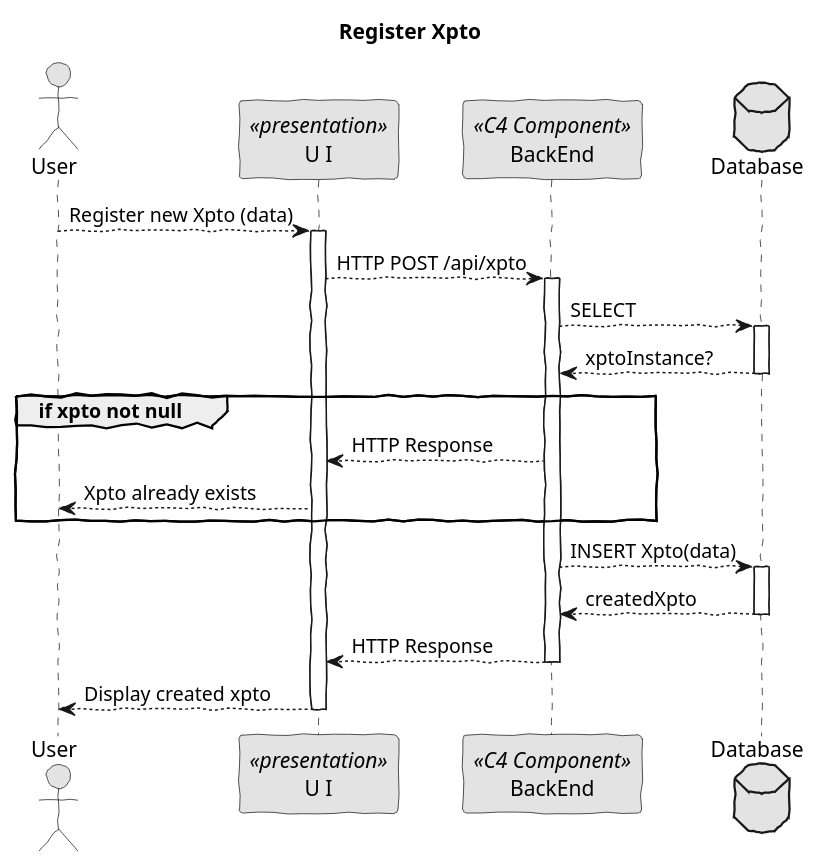
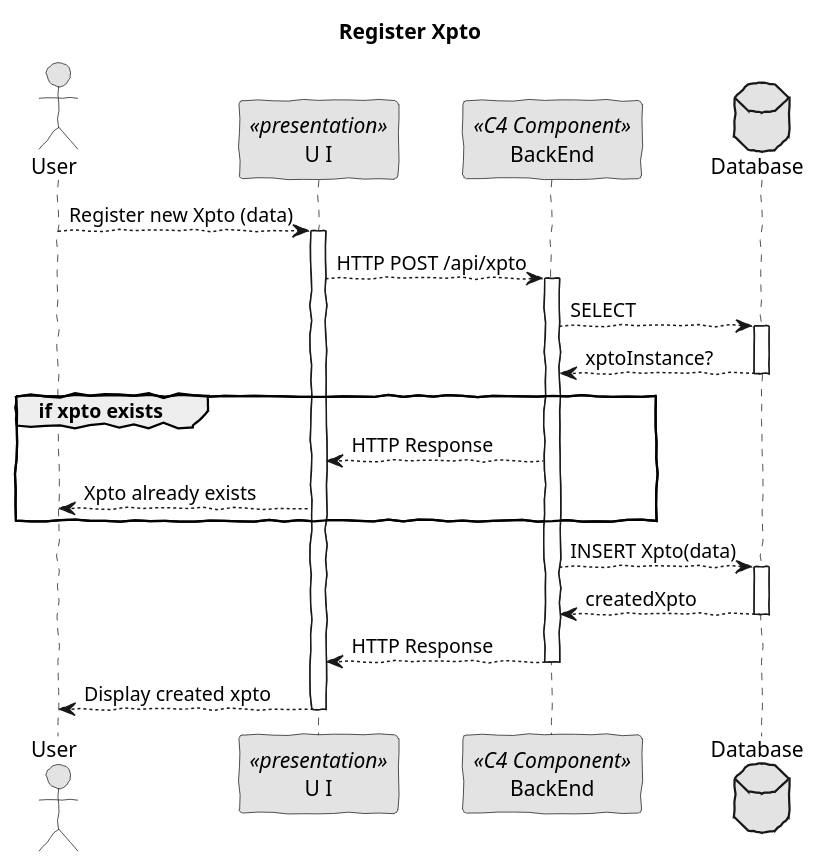
One commit to BernasDzn/portit changed the diagram in docs/sprint_1/global_artifacts/arquitecture/LeveL_3/process_views/l3_process_view_post.puml. Above: the diagram before and after it, drawn with PlantUML. The commit also changed 17 other files, not shown here.

```diff
--- a/docs/sprint_1/global_artifacts/arquitecture/LeveL_3/process_views/l3_process_view_post.puml
+++ b/docs/sprint_1/global_artifacts/arquitecture/LeveL_3/process_views/l3_process_view_post.puml
@@ -1,42 +1,42 @@
 @startuml sequence_diagram_post
 skinparam handwritten true
 skinparam monochrome true
 skinparam packageStyle rect
 skinparam defaultFontName FG Virgil
 skinparam shadowing false
 
 actor User as Actor
 participant "U I" as UI <<presentation>>
 participant BackEnd as BackEnd <<C4 Component>>
 database Database
 
 title Register Xpto
 
 Actor --> UI: Register new Xpto (data)
 activate UI
 
     UI --> BackEnd: HTTP POST /api/xpto
 
     activate BackEnd
 
         BackEnd --> Database: SELECT
         activate Database
             Database --> BackEnd : xptoInstance?
         deactivate Database
 
-        group if xpto not null
+        group if xpto exists
         BackEnd --> UI : HTTP Response
         UI --> Actor : Xpto already exists
         end
 
         BackEnd --> Database : INSERT Xpto(data)
         activate Database
             Database --> BackEnd : createdXpto
         deactivate Database
 
         BackEnd --> UI: HTTP Response
     deactivate BackEnd
 UI --> Actor: Display created xpto
 deactivate UI
             
 @enduml
```
